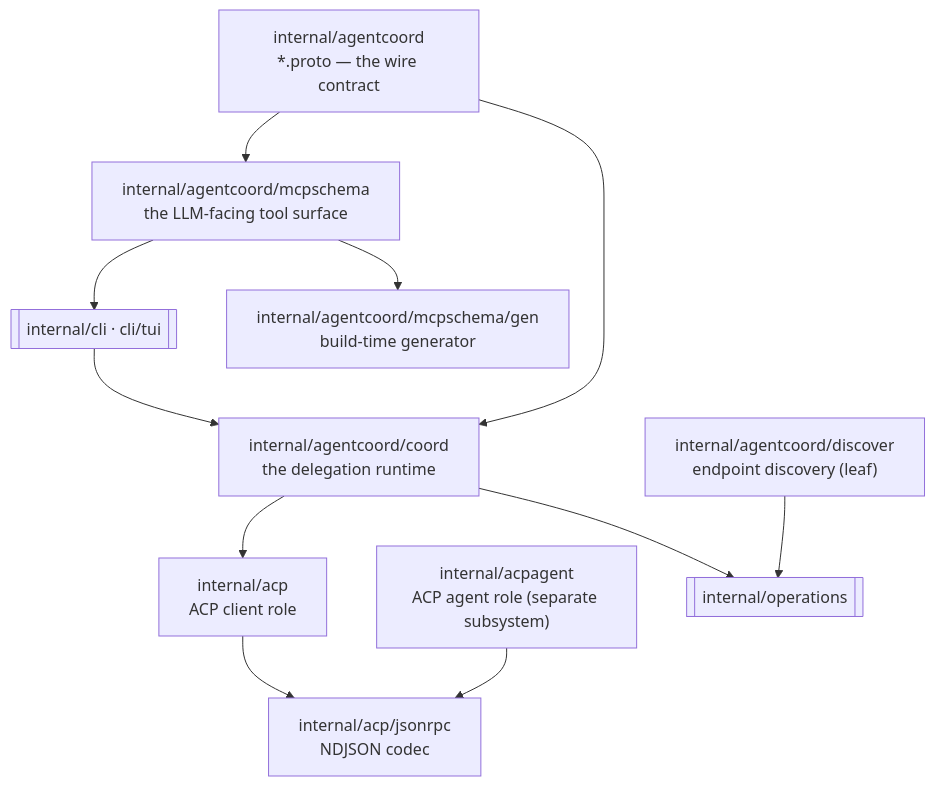
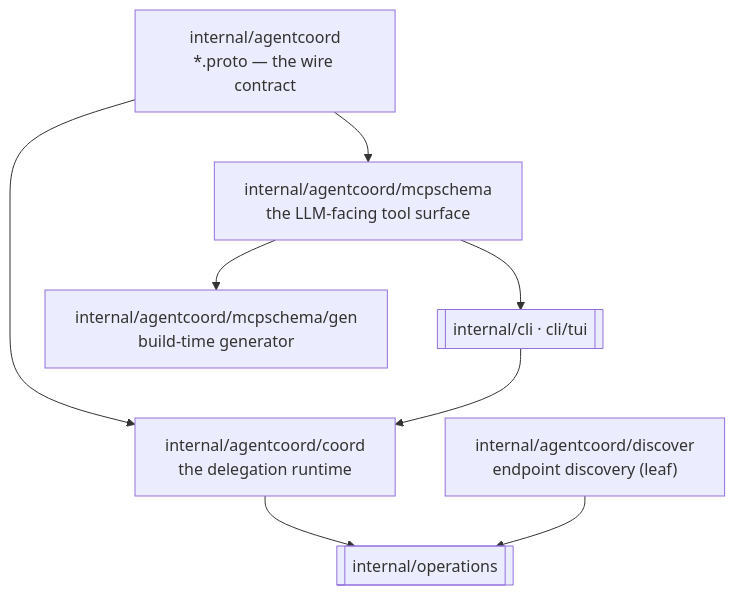
The diagram in docs/architecture/agentcoord/README.md (ctxloom/ctxloom), drawn with Mermaid before and after one commit. The commit also changed other lines of this file and 86 other files, not shown here.

````diff
--- a/docs/architecture/agentcoord/README.md
+++ b/docs/architecture/agentcoord/README.md
@@ -24,23 +22,17 @@
 ```mermaid
 flowchart TD
   PROTO["internal/agentcoord<br/>*.proto — the wire contract"]
   COORD["internal/agentcoord/coord<br/>the delegation runtime"]
   SCHEMA["internal/agentcoord/mcpschema<br/>the LLM-facing tool surface"]
   GEN["internal/agentcoord/mcpschema/gen<br/>build-time generator"]
   DISC["internal/agentcoord/discover<br/>endpoint discovery (leaf)"]
-  ACP["internal/acp<br/>ACP client role"]
-  JRPC["internal/acp/jsonrpc<br/>NDJSON codec"]
-  AGENT["internal/acpagent<br/>ACP agent role (separate subsystem)"]
   OPS[["internal/operations"]]
   CLI[["internal/cli · cli/tui"]]
 
   PROTO --> COORD
   PROTO --> SCHEMA --> GEN
   SCHEMA --> CLI
   COORD --> OPS
   DISC --> OPS
-  COORD --> ACP
-  ACP --> JRPC
-  AGENT --> JRPC
   CLI --> COORD
 ```
````
